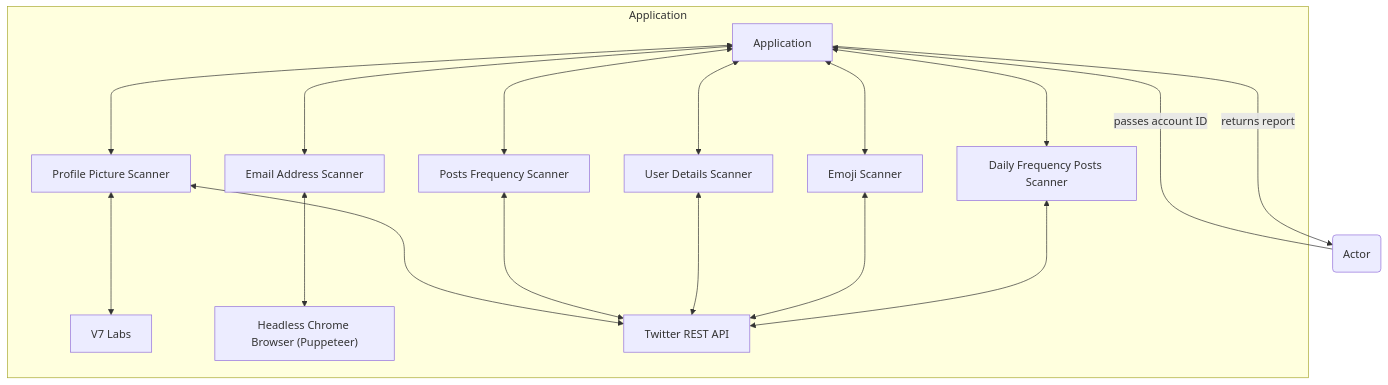
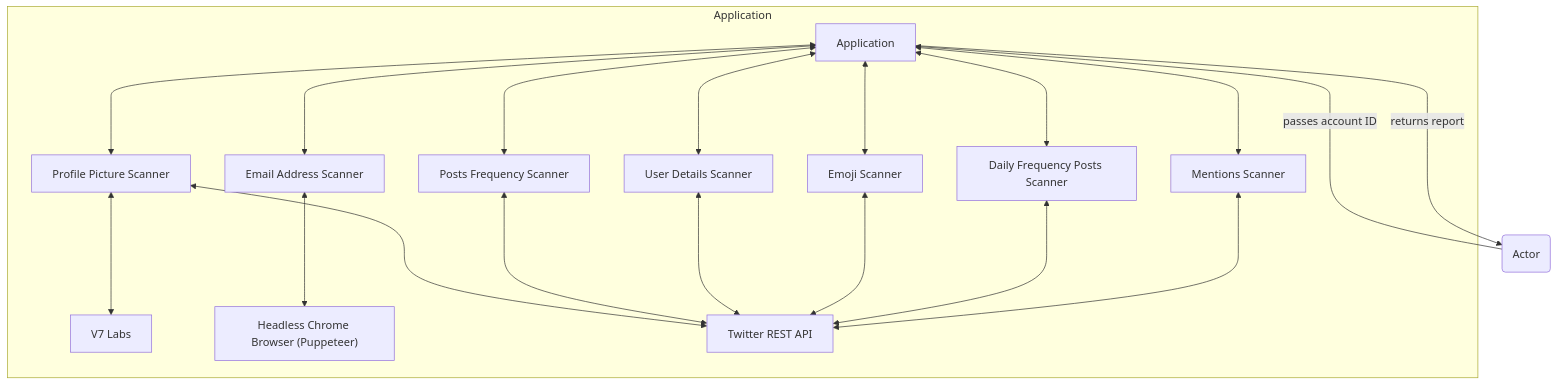
Before and after one commit to elszczepano/master-thesis-automation: the diagram in README.md, drawn with Mermaid.

Commit message:
Add mentions scanner to diagram

````diff
--- a/README.md
+++ b/README.md
@@ -24,20 +24,22 @@
 ```mermaid
 flowchart BT
     A(Actor) -- passes account ID ----> B[Application]
     B -- returns report --> A
     subgraph Application
         C[Profile Picture Scanner] <---> B
         E[Posts Frequency Scanner] <---> B
         F[User Details Scanner] <---> B
         G[Emoji Scanner] <---> B
         K[Daily Frequency Posts Scanner]  <---> B
+        L[Mentions Scanner]  <---> B
         D[Email Address Scanner] <---> B
         H[V7 Labs] <---> C
         I["Headless Chrome Browser (Puppeteer)"] <---> D
         J[Twitter REST API] <---> C
-        J[Twitter REST API] <---> E
-        J[Twitter REST API] <---> F
-        J[Twitter REST API] <---> G
-        J[Twitter REST API] <---> K
+        J <---> E
+        J <---> F
+        J <---> G
+        J <---> K
+        J <---> L
     end
 ```
````
